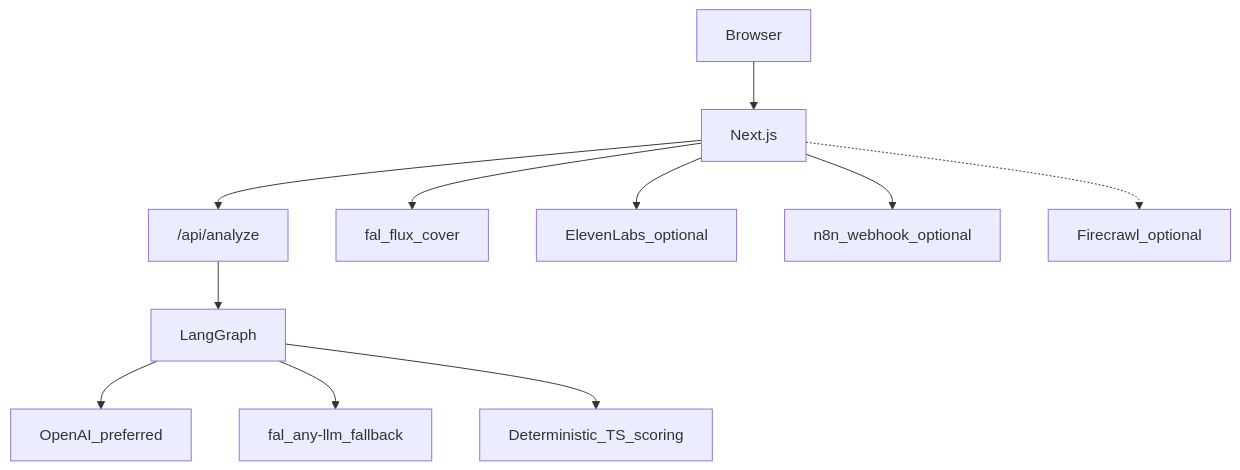
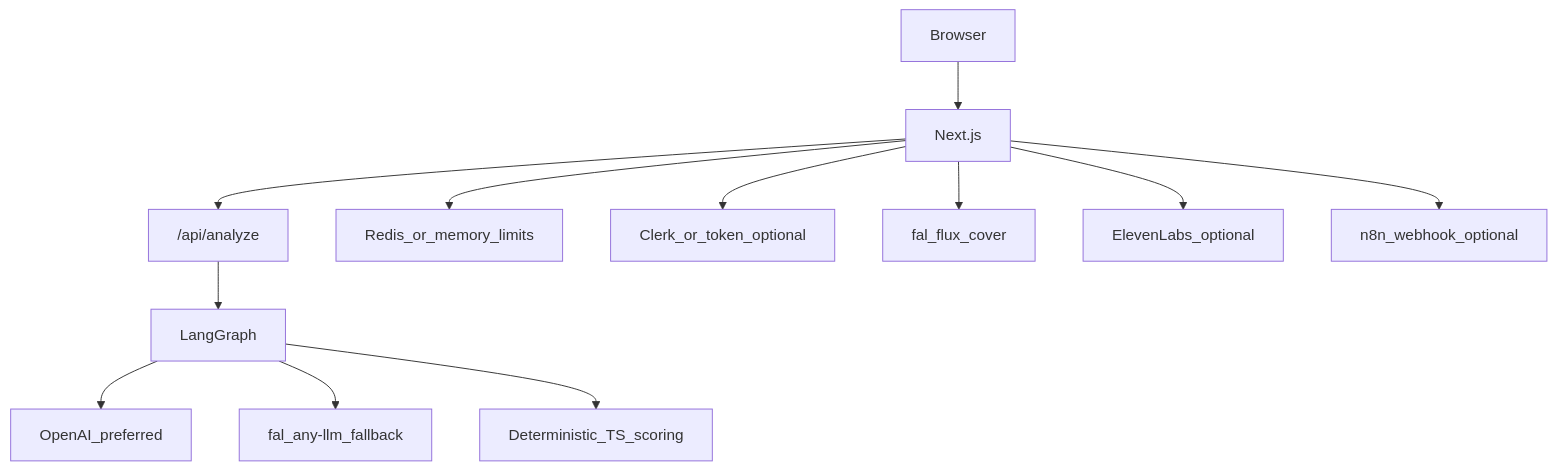
Before and after one commit to harshjoshi23/Thunder: the diagram in README.md, drawn with Mermaid. The commit also changed other lines of this file and 22 other files, not shown here.

````diff
--- a/README.md
+++ b/README.md
@@ -77,13 +96,14 @@
 ```mermaid
 flowchart TB
   Browser --> Next[Next.js]
   Next --> Analyze["/api/analyze"]
   Analyze --> LG[LangGraph]
   LG --> OpenAI[OpenAI_preferred]
   LG --> FalLM[fal_any-llm_fallback]
   LG --> Score[Deterministic_TS_scoring]
+  Next --> Redis[Redis_or_memory_limits]
+  Next --> Auth[Clerk_or_token_optional]
   Next --> FalImg[fal_flux_cover]
   Next --> Eleven[ElevenLabs_optional]
   Next --> N8N[n8n_webhook_optional]
-  Next -.-> Firecrawl[Firecrawl_optional]
 ```
````
